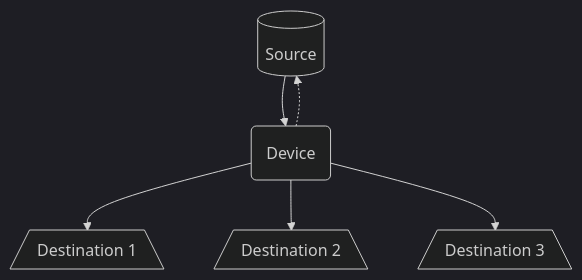
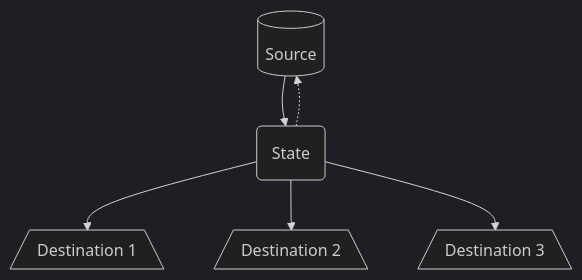
The first of 4 diagrams in README.md (dipi-unimore/python-mock-physical-twin), drawn with Mermaid (dark theme) before and after one commit. The commit also changed other lines of this file and 2 other files, not shown here.

````diff
--- a/README.md
+++ b/README.md
@@ -202,15 +41,15 @@
 ```mermaid
 flowchart TD
 
-    S --> DV
-    DV -.-> S
-    DV --> DS1
-    DV --> DS2
-    DV --> DS3
+    SR --> ST
+    ST -.-> SR
+    ST --> DS1
+    ST --> DS2
+    ST --> DS3
 
-    S@{ shape: cyl, label: "Source" }
-    DV@{ shape: rounded, label: "Device" }
+    SR@{ shape: cyl, label: "Source" }
+    ST@{ shape: rounded, label: "State" }
     DS1@{ shape: trap-b, label: "Destination 1" }
     DS2@{ shape: trap-b, label: "Destination 2" }
     DS3@{ shape: trap-b, label: "Destination 3" }
 ```
````
